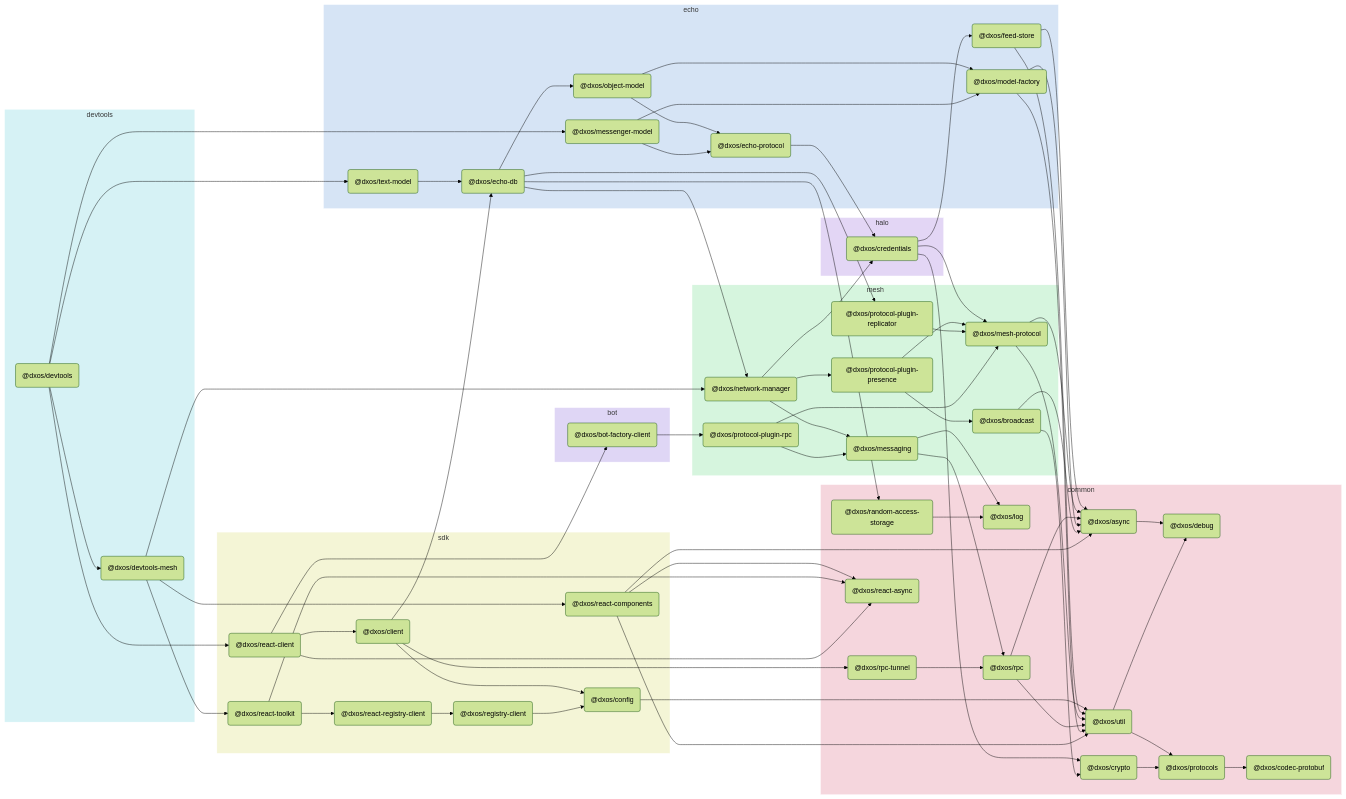
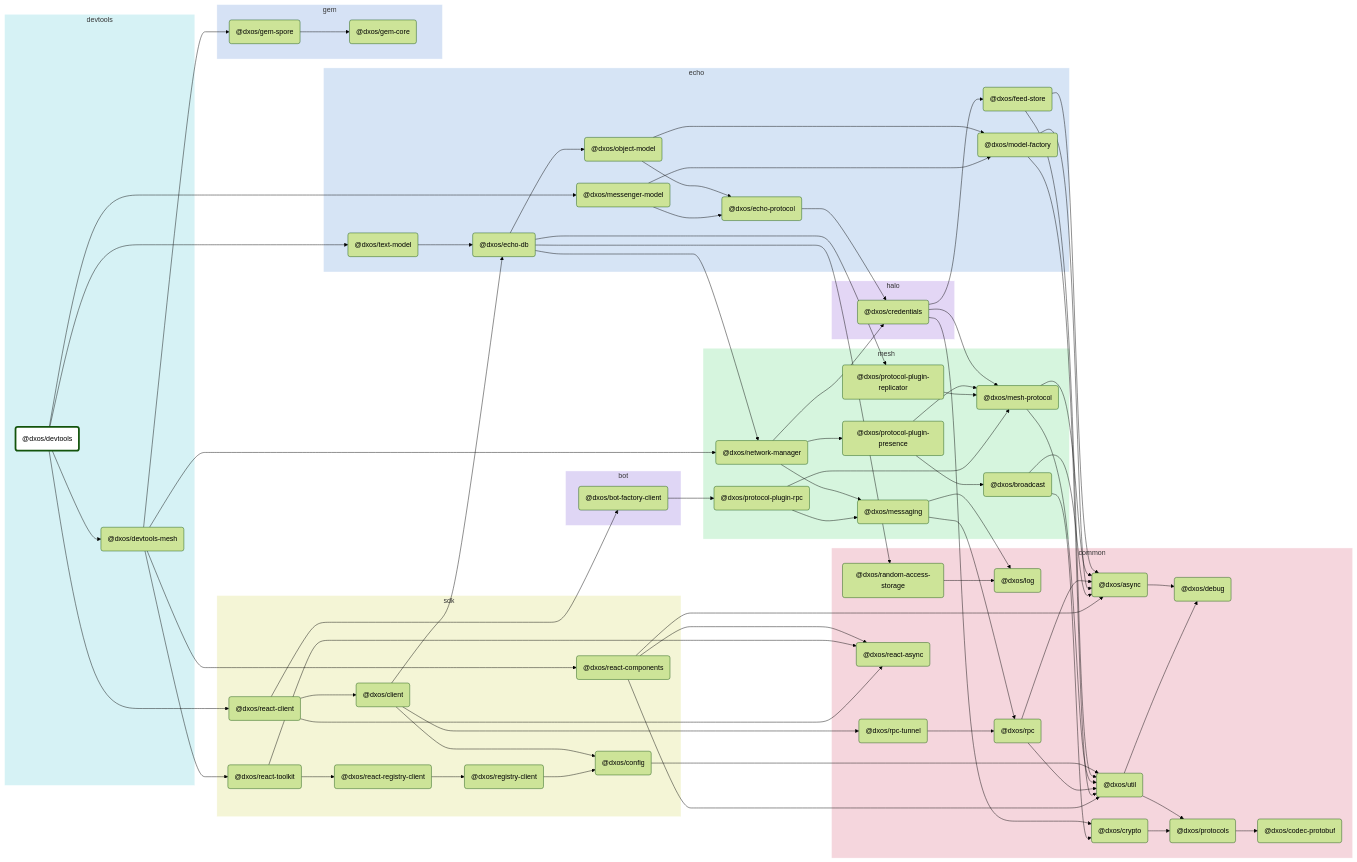
Before and after one commit to dxos/dxos: the diagram in packages/devtools/devtools/docs/README.md, drawn with Mermaid (forest theme). The commit also changed other lines of this file and 88 other files, not shown here.

````diff
--- a/packages/devtools/devtools/docs/README.md
+++ b/packages/devtools/devtools/docs/README.md
@@ -5,5 +7,41 @@
 ```mermaid
 flowchart LR;
+
+style dxos/devtools fill:#fff,stroke-width:4px;
+
+click dxos/async "https:/github.com/dxos/dxos/tree/main/packages/common/async/docs";
+click dxos/debug "https:/github.com/dxos/dxos/tree/main/packages/common/debug/docs";
+click dxos/client "https:/github.com/dxos/dxos/tree/main/packages/sdk/client/docs";
+click dxos/codec-protobuf "https:/github.com/dxos/dxos/tree/main/packages/common/codec-protobuf/docs";
+click dxos/config "https:/github.com/dxos/dxos/tree/main/packages/sdk/config/docs";
+click dxos/echo-db "https:/github.com/dxos/dxos/tree/main/packages/echo/echo-db/docs";
+click dxos/model-factory "https:/github.com/dxos/dxos/tree/main/packages/echo/model-factory/docs";
+click dxos/protocols "https:/github.com/dxos/dxos/tree/main/packages/common/protocols/docs";
+click dxos/rpc "https:/github.com/dxos/dxos/tree/main/packages/common/rpc/docs";
+click dxos/rpc-tunnel "https:/github.com/dxos/dxos/tree/main/packages/common/rpc-tunnel/docs";
+click dxos/messaging "https:/github.com/dxos/dxos/tree/main/packages/mesh/messaging/docs";
+click dxos/util "https:/github.com/dxos/dxos/tree/main/packages/common/util/docs";
+click dxos/credentials "https:/github.com/dxos/dxos/tree/main/packages/halo/credentials/docs";
+click dxos/crypto "https:/github.com/dxos/dxos/tree/main/packages/common/crypto/docs";
+click dxos/feed-store "https:/github.com/dxos/dxos/tree/main/packages/echo/feed-store/docs";
+click dxos/mesh-protocol "https:/github.com/dxos/dxos/tree/main/packages/mesh/mesh-protocol/docs";
+click dxos/devtools-mesh "https:/github.com/dxos/dxos/tree/main/packages/devtools/devtools-mesh/docs";
+click dxos/gem-core "https:/github.com/dxos/dxos/tree/main/packages/gem/gem-core/docs";
+click dxos/gem-spore "https:/github.com/dxos/dxos/tree/main/packages/gem/gem-spore/docs";
+click dxos/network-manager "https:/github.com/dxos/dxos/tree/main/packages/mesh/network-manager/docs";
+click dxos/protocol-plugin-presence "https:/github.com/dxos/dxos/tree/main/packages/mesh/protocol-plugin-presence/docs";
+click dxos/react-components "https:/github.com/dxos/dxos/tree/main/packages/sdk/react-components/docs";
+click dxos/react-toolkit "https:/github.com/dxos/dxos/tree/main/packages/sdk/react-toolkit/docs";
+click dxos/echo-protocol "https:/github.com/dxos/dxos/tree/main/packages/echo/echo-protocol/docs";
+click dxos/messenger-model "https:/github.com/dxos/dxos/tree/main/packages/echo/messenger-model/docs";
+click dxos/log "https:/github.com/dxos/dxos/tree/main/packages/common/log/docs";
+click dxos/object-model "https:/github.com/dxos/dxos/tree/main/packages/echo/object-model/docs";
+click dxos/react-async "https:/github.com/dxos/dxos/tree/main/packages/common/react-async/docs";
+click dxos/react-client "https:/github.com/dxos/dxos/tree/main/packages/sdk/react-client/docs";
+click dxos/bot-factory-client "https:/github.com/dxos/dxos/tree/main/packages/bot/bot-factory-client/docs";
+click dxos/react-registry-client "https:/github.com/dxos/dxos/tree/main/packages/sdk/react-registry-client/docs";
+click dxos/registry-client "https:/github.com/dxos/dxos/tree/main/packages/sdk/registry-client/docs";
+click dxos/text-model "https:/github.com/dxos/dxos/tree/main/packages/echo/text-model/docs";
 
 subgraph devtools
   style devtools fill:#d6f2f5,stroke:#fff;
@@ -64,6 +102,12 @@
   dxos/protocol-plugin-rpc("@dxos/protocol-plugin-rpc");
 end
 
+subgraph gem
+  style gem fill:#d6e2f5,stroke:#fff;
+  dxos/gem-core("@dxos/gem-core");
+  dxos/gem-spore("@dxos/gem-spore");
+end
+
 subgraph bot
   style bot fill:#dfd6f5,stroke:#fff;
   dxos/bot-factory-client("@dxos/bot-factory-client");
@@ -109,6 +153,8 @@
 dxos/client --> dxos/rpc-tunnel;
 dxos/rpc-tunnel --> dxos/rpc;
 dxos/devtools --> dxos/devtools-mesh;
+dxos/devtools-mesh --> dxos/gem-spore;
+dxos/gem-spore --> dxos/gem-core;
 dxos/devtools-mesh --> dxos/network-manager;
 dxos/devtools-mesh --> dxos/react-components;
 dxos/react-components --> dxos/async;
````
